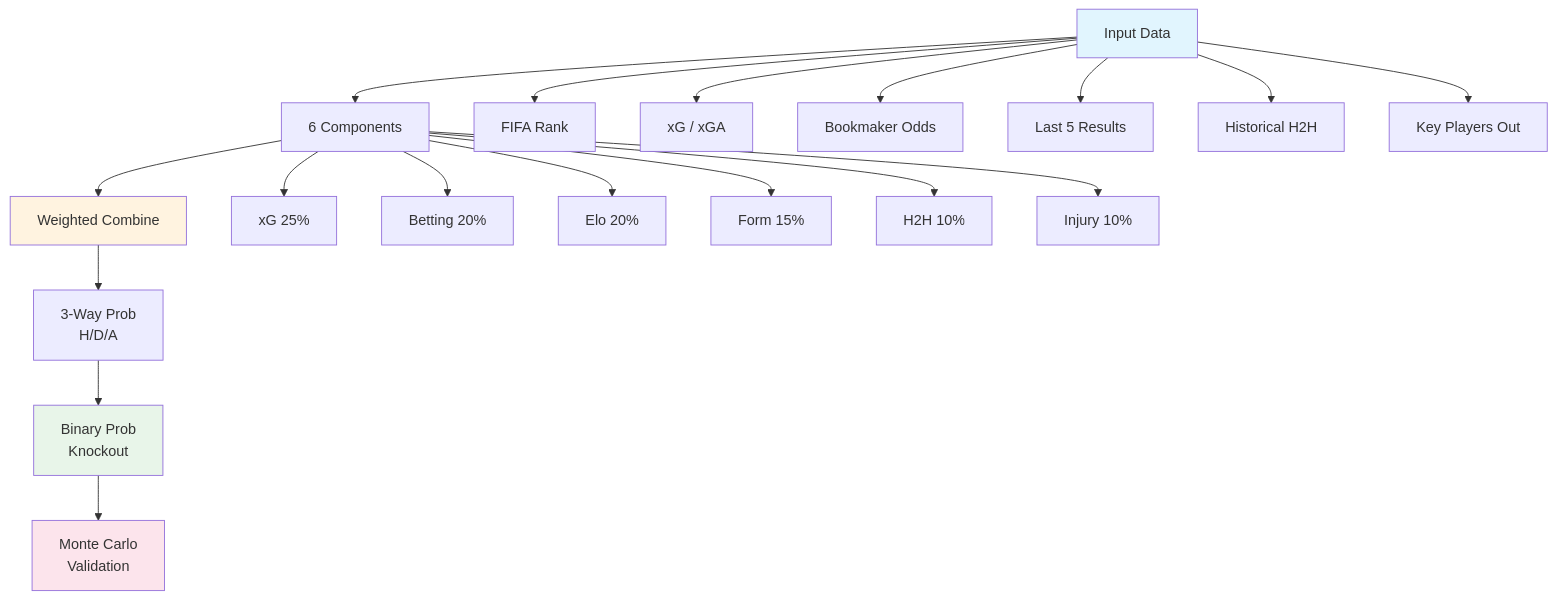
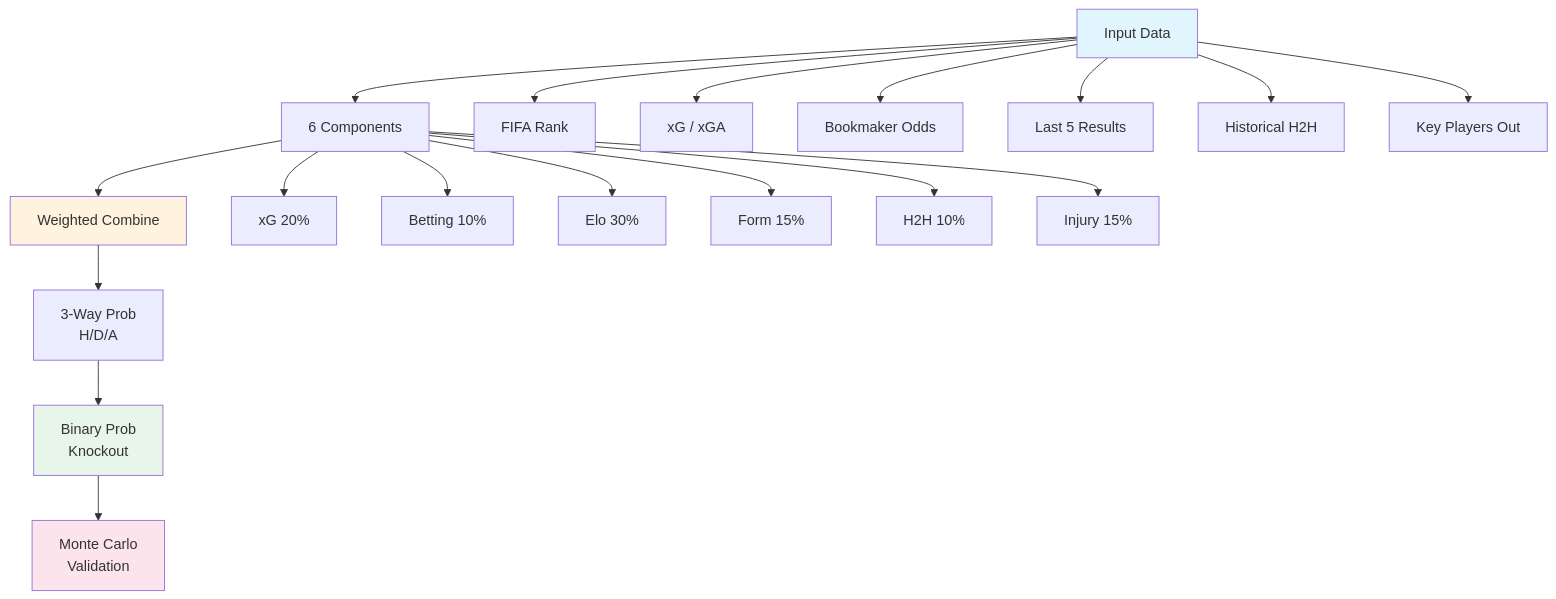
One commit to kinhluan/wc26-bnaul changed the diagram in README.md. Above: the diagram before and after it, drawn with Mermaid. The commit also changed other lines of this file and 4 other files, not shown here.

````diff
--- a/README.md
+++ b/README.md
@@ -48,27 +56,27 @@
 ```mermaid
 flowchart TD
     A[Input Data] --> B[6 Components]
     B --> C[Weighted Combine]
     C --> D[3-Way Prob<br/>H/D/A]
     D --> E[Binary Prob<br/>Knockout]
     E --> F[Monte Carlo<br/>Validation]
     
-    B --> B1[xG 25%]
-    B --> B2[Betting 20%]
-    B --> B3[Elo 20%]
+    B --> B1[xG 20%]
+    B --> B2[Betting 10%]
+    B --> B3[Elo 30%]
     B --> B4[Form 15%]
     B --> B5[H2H 10%]
-    B --> B6[Injury 10%]
+    B --> B6[Injury 15%]
     
     A --> A1[FIFA Rank]
     A --> A2[xG / xGA]
     A --> A3[Bookmaker Odds]
     A --> A4[Last 5 Results]
     A --> A5[Historical H2H]
     A --> A6[Key Players Out]
     
     style A fill:#e1f5fe
     style C fill:#fff3e0
     style E fill:#e8f5e9
     style F fill:#fce4ec
 ```
````
